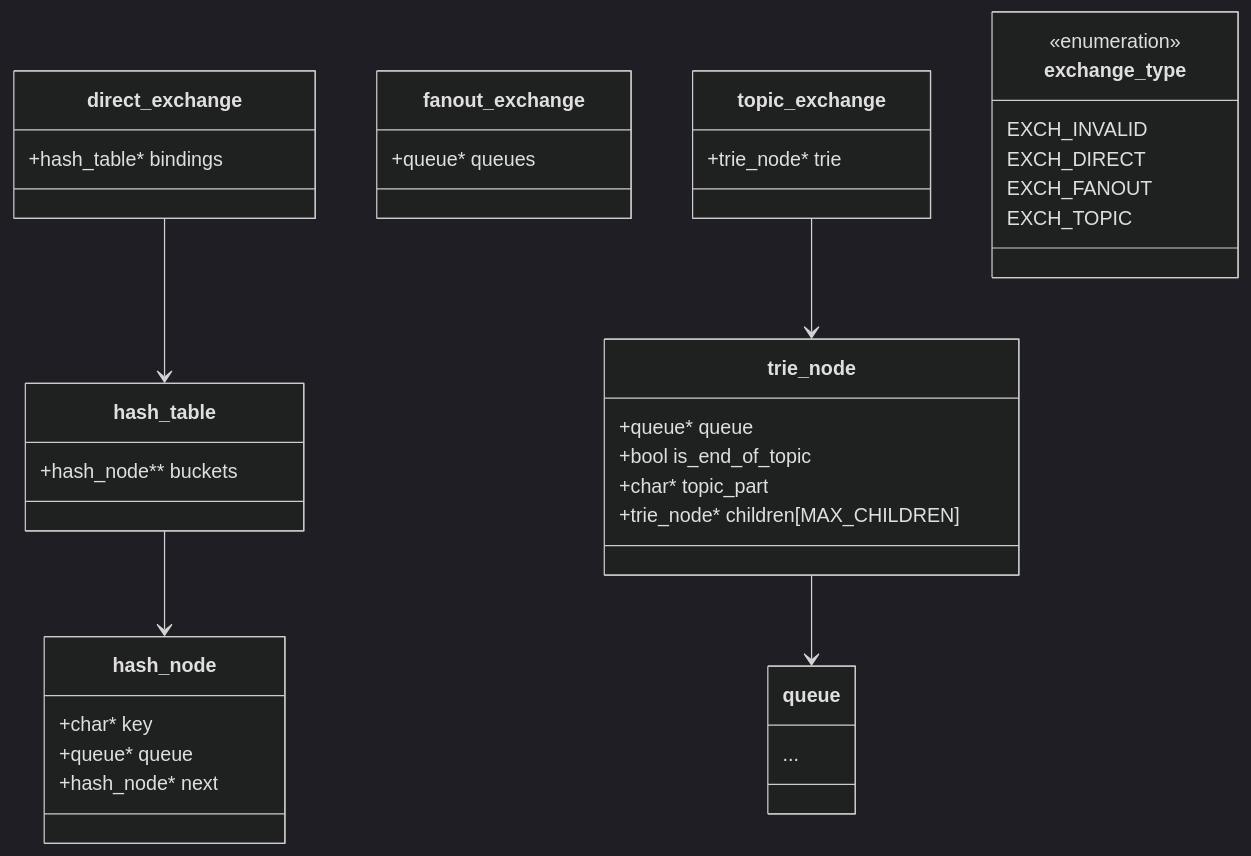
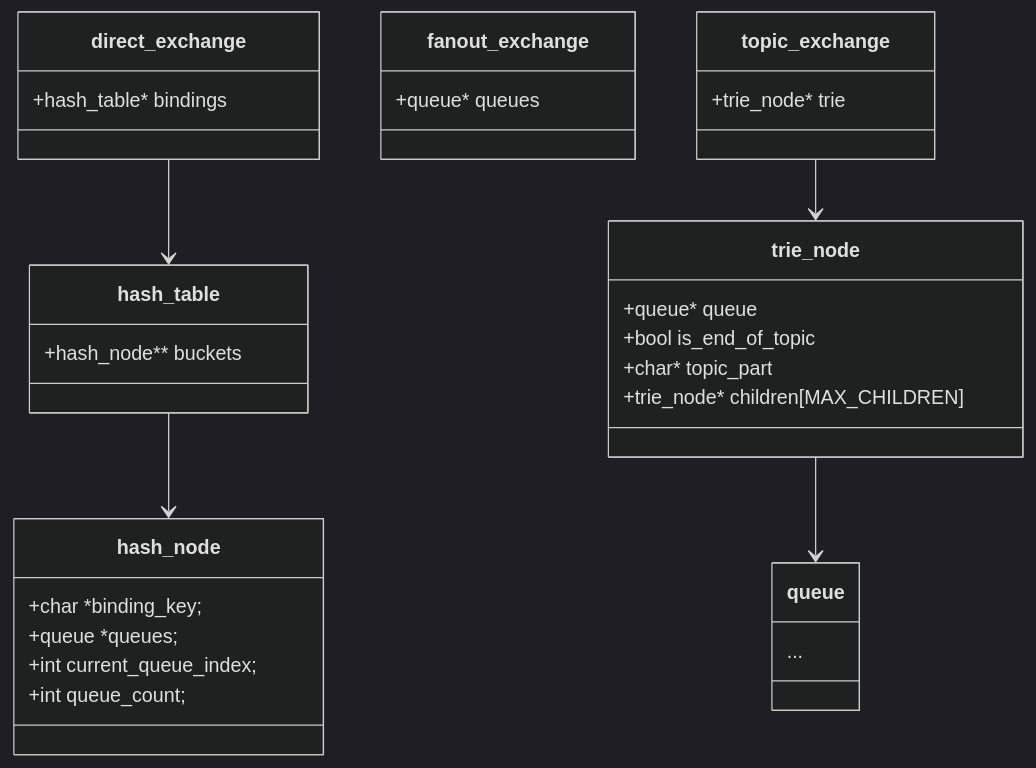
The fourth of 4 diagrams in README.md (Stoica-Cristian/PSOP), drawn with Mermaid (dark theme) before and after one commit. The commit also changed other lines of this file, not shown here.

````diff
--- a/README.md
+++ b/README.md
@@ -225,48 +225,41 @@
 ```mermaid
 classDiagram
     class direct_exchange {
         +hash_table* bindings
     }
 
     class fanout_exchange {
         +queue* queues
     }
 
     class topic_exchange {
         +trie_node* trie
     }
 
     class hash_table {
         +hash_node** buckets
     }
 
     class hash_node {
-        +char* key
-        +queue* queue
-        +hash_node* next
+        +char *binding_key;
+        +queue *queues;
+        +int current_queue_index;
+        +int queue_count;
     }
 
     class trie_node {
         +queue* queue
         +bool is_end_of_topic
         +char* topic_part
         +trie_node* children[MAX_CHILDREN]
     }
 
     class queue{
         ...
     }
 
-    class exchange_type {
-        <<enumeration>>
-        EXCH_INVALID
-        EXCH_DIRECT
-        EXCH_FANOUT
-        EXCH_TOPIC
-    }
-
     direct_exchange --> hash_table
     hash_table --> hash_node
     topic_exchange --> trie_node
     trie_node --> queue
 ```
````
